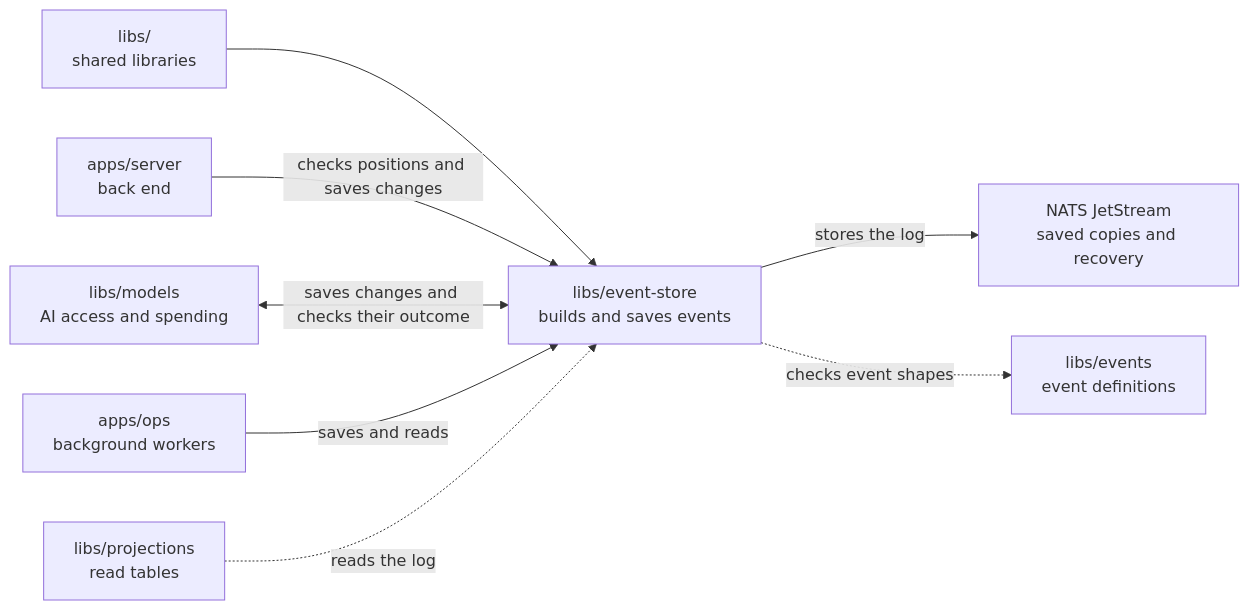
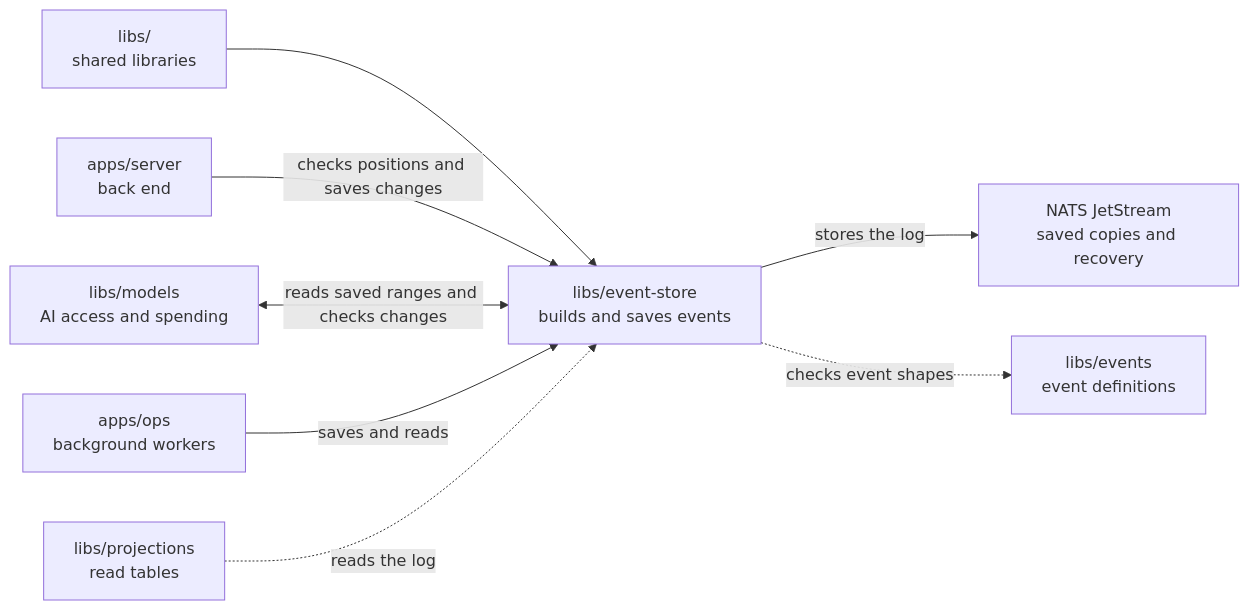
The diagram in libs/event-store/README.md (elewa-git/opencrane-new), drawn with Mermaid before and after one commit. The commit also changed other lines of this file and 47 other files, not shown here.

````diff
--- a/libs/event-store/README.md
+++ b/libs/event-store/README.md
@@ -23,10 +23,10 @@
 ```mermaid
 flowchart LR
   parent["libs/<br/>shared libraries"] --> store["libs/event-store<br/>builds and saves events"]
   server["apps/server<br/>back end"] -->|checks positions and saves changes| store
-  models["libs/models<br/>AI access and spending"] <-->|saves changes and checks their outcome| store
+  models["libs/models<br/>AI access and spending"] <-->|reads saved ranges and checks changes| store
   ops["apps/ops<br/>background workers"] -->|saves and reads| store
   projections["libs/projections<br/>read tables"] -.->|reads the log| store
   store -->|stores the log| nats["NATS JetStream<br/>saved copies and recovery"]
   store -.->|checks event shapes| events["libs/events<br/>event definitions"]
 ```
````
